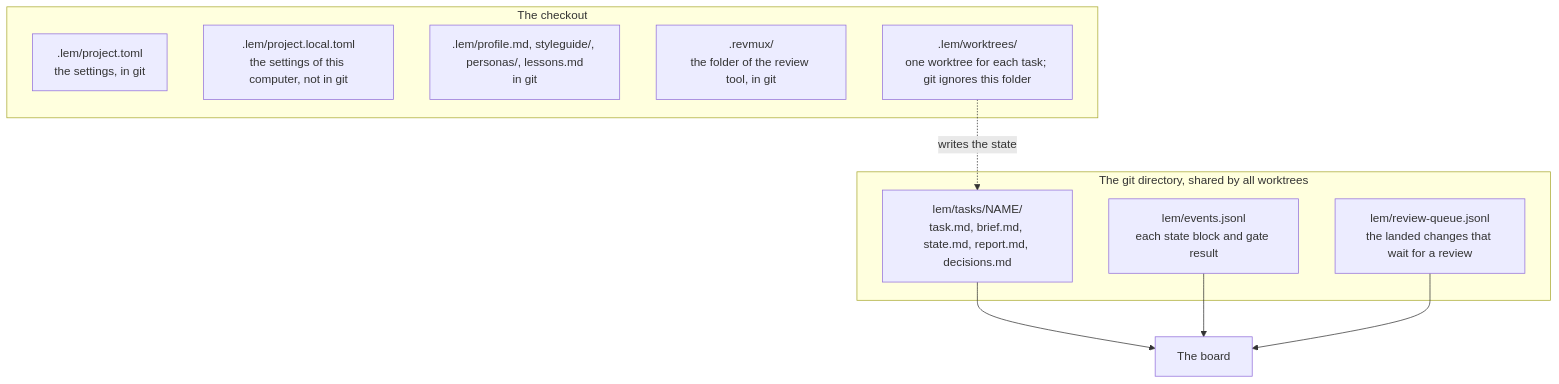
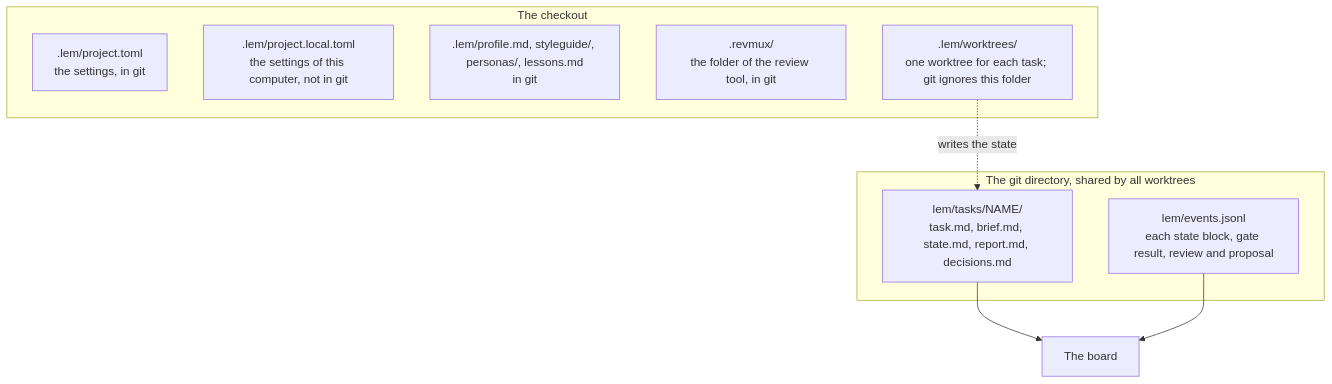
Before and after one commit to pySilver/lem: the third of 3 diagrams in README.md, drawn with Mermaid. The commit also changed other lines of this file and 11 other files, not shown here.

First line of the commit message:
feat(lem): the review queue goes: its script, its stage, its place on the board and in the README

````diff
--- a/README.md
+++ b/README.md
@@ -214,19 +238,17 @@
 ```mermaid
 flowchart TD
     subgraph checkout [The checkout]
         toml[.lem/project.toml<br/>the settings, in git]
         local[.lem/project.local.toml<br/>the settings of this computer, not in git]
         profiles[.lem/profile.md, styleguide/, personas/, lessons.md<br/>in git]
         revmux[.revmux/<br/>the folder of the review tool, in git]
         wt[.lem/worktrees/<br/>one worktree for each task; git ignores this folder]
     end
     subgraph gitdir [The git directory, shared by all worktrees]
         tasks[lem/tasks/NAME/<br/>task.md, brief.md, state.md, report.md, decisions.md]
-        events[lem/events.jsonl<br/>each state block and gate result]
-        queue[lem/review-queue.jsonl<br/>the landed changes that wait for a review]
+        events[lem/events.jsonl<br/>each state block, gate result, review and proposal]
     end
     wt -. writes the state .-> tasks
     tasks --> board[The board]
     events --> board
-    queue --> board
 ```
````
